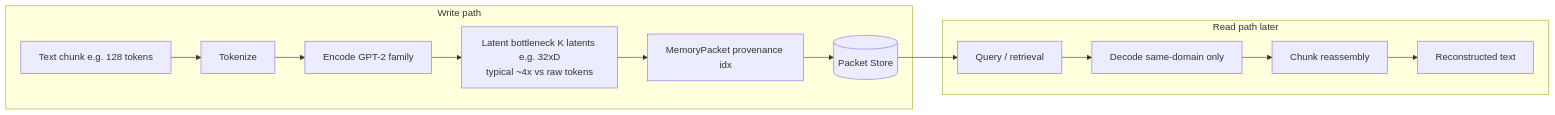
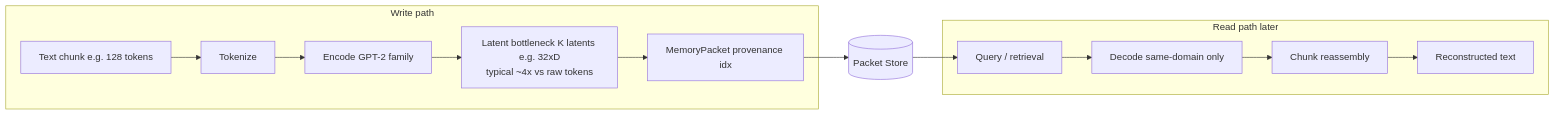
One commit to fabiocti/ndn-blueprint changed the diagram in diagrams/diagram_03_packet_flow.md. Above: the diagram before and after it, drawn with Mermaid. The commit also changed other lines of this file and 36 other files, not shown here.

````diff
--- a/diagrams/diagram_03_packet_flow.md
+++ b/diagrams/diagram_03_packet_flow.md
@@ -11,20 +11,24 @@
 ```mermaid
 flowchart LR
     subgraph WRITE["Write path"]
         TC["Text chunk e.g. 128 tokens"]
         TOK[Tokenize]
         ENC["Encode GPT-2 family"]
         LAT["Latent bottleneck K latents e.g. 32xD<br/>typical ~4x vs raw tokens"]
         PKT["MemoryPacket provenance idx"]
-        STORE[("Packet Store")]
-        TC --> TOK --> ENC --> LAT --> PKT --> STORE
+        TC --> TOK --> ENC --> LAT --> PKT
     end
+
+    STORE[("Packet Store")]
 
     subgraph READ["Read path later"]
         Q[Query / retrieval]
         DEC["Decode same-domain only"]
         REASM[Chunk reassembly]
         OUT[Reconstructed text]
-        STORE --> Q --> DEC --> REASM --> OUT
+        Q --> DEC --> REASM --> OUT
     end
+
+    PKT --> STORE
+    STORE --> Q
 ```
````
